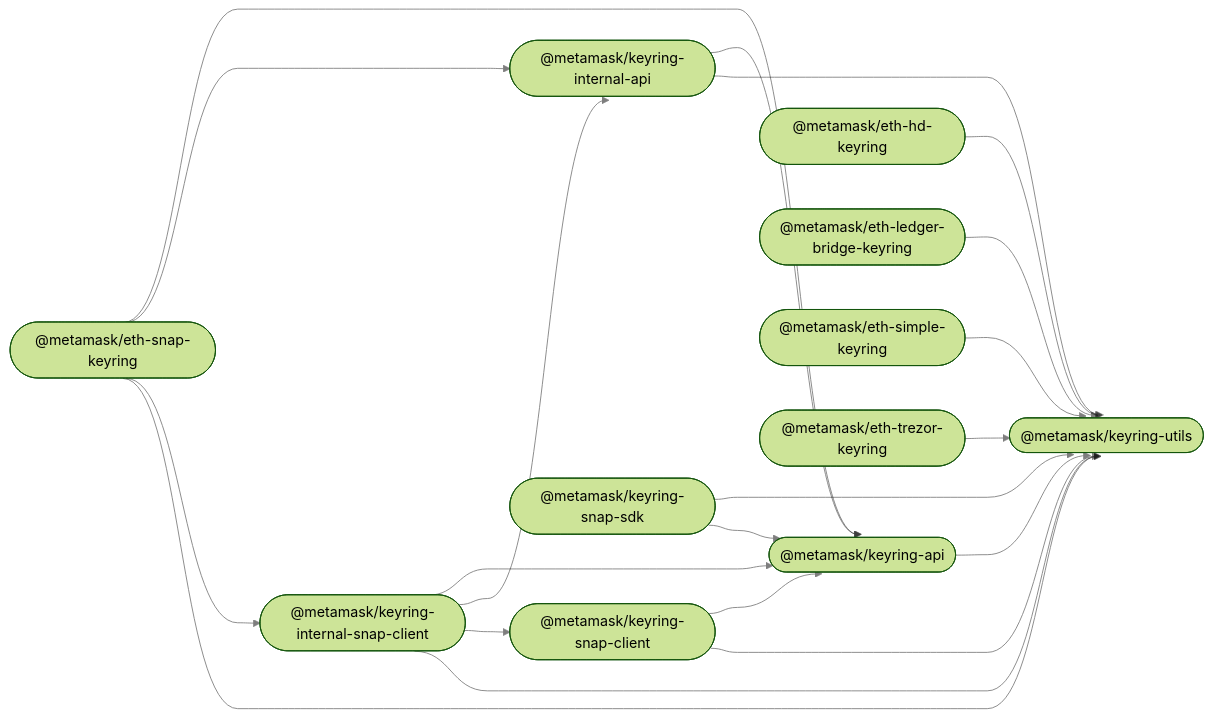
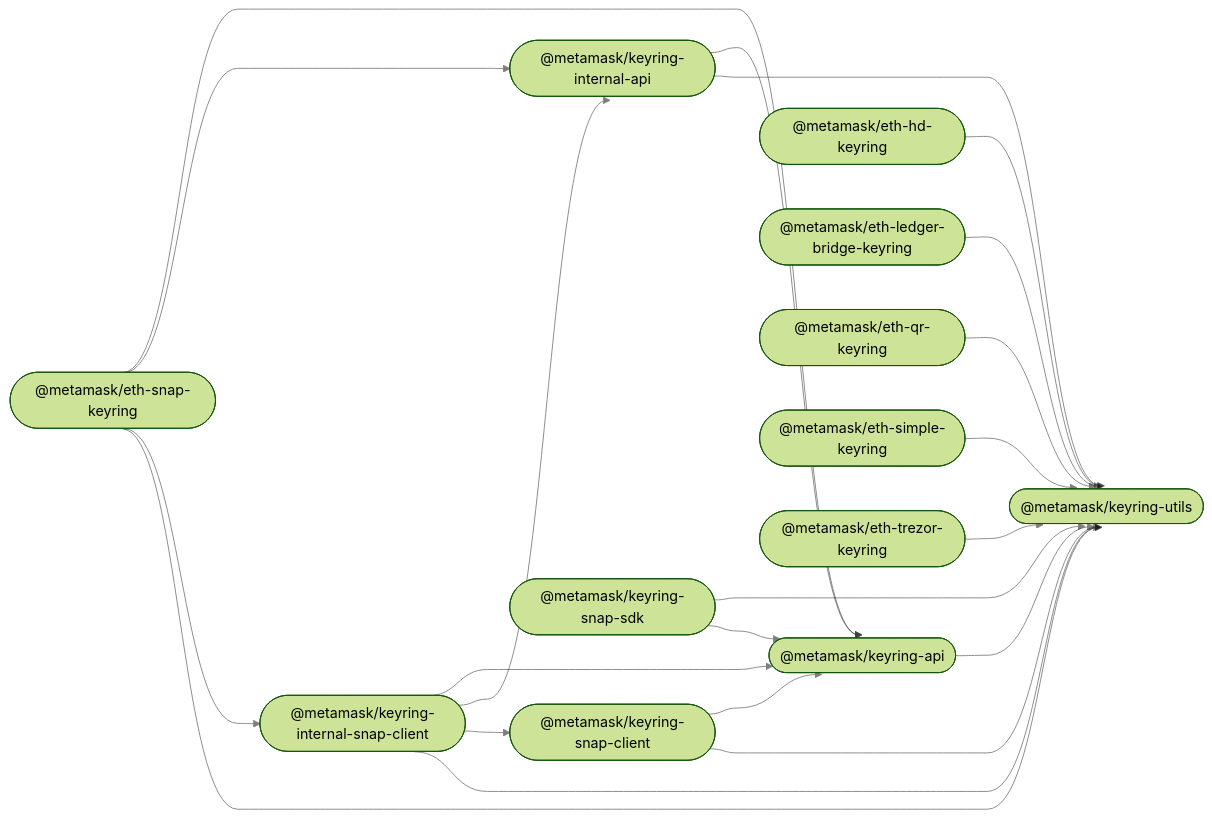
One commit to MetaMask/accounts changed the diagram in README.md. Above: the diagram before and after it, drawn with Mermaid (forest theme). The commit also changed other lines of this file and 2 other files, not shown here.

Commit message:
align dependencies to monorepo and remove unused

````diff
--- a/README.md
+++ b/README.md
@@ -33,35 +34,37 @@
 ```mermaid
 %%{ init: { 'flowchart': { 'curve': 'bumpX' } } }%%
 graph LR;
 linkStyle default opacity:0.5
   keyring_api(["@metamask/keyring-api"]);
   eth_hd_keyring(["@metamask/eth-hd-keyring"]);
   eth_ledger_bridge_keyring(["@metamask/eth-ledger-bridge-keyring"]);
+  eth_qr_keyring(["@metamask/eth-qr-keyring"]);
   eth_simple_keyring(["@metamask/eth-simple-keyring"]);
   eth_trezor_keyring(["@metamask/eth-trezor-keyring"]);
   keyring_internal_api(["@metamask/keyring-internal-api"]);
   keyring_internal_snap_client(["@metamask/keyring-internal-snap-client"]);
   eth_snap_keyring(["@metamask/eth-snap-keyring"]);
   keyring_snap_client(["@metamask/keyring-snap-client"]);
   keyring_snap_sdk(["@metamask/keyring-snap-sdk"]);
   keyring_utils(["@metamask/keyring-utils"]);
   keyring_api --> keyring_utils;
   eth_hd_keyring --> keyring_utils;
   eth_ledger_bridge_keyring --> keyring_utils;
+  eth_qr_keyring --> keyring_utils;
   eth_simple_keyring --> keyring_utils;
   eth_trezor_keyring --> keyring_utils;
   keyring_internal_api --> keyring_api;
   keyring_internal_api --> keyring_utils;
   keyring_internal_snap_client --> keyring_api;
   keyring_internal_snap_client --> keyring_internal_api;
   keyring_internal_snap_client --> keyring_snap_client;
   keyring_internal_snap_client --> keyring_utils;
   eth_snap_keyring --> keyring_api;
   eth_snap_keyring --> keyring_internal_api;
   eth_snap_keyring --> keyring_internal_snap_client;
   eth_snap_keyring --> keyring_utils;
   keyring_snap_client --> keyring_api;
   keyring_snap_client --> keyring_utils;
   keyring_snap_sdk --> keyring_utils;
   keyring_snap_sdk --> keyring_api;
 ```
````
